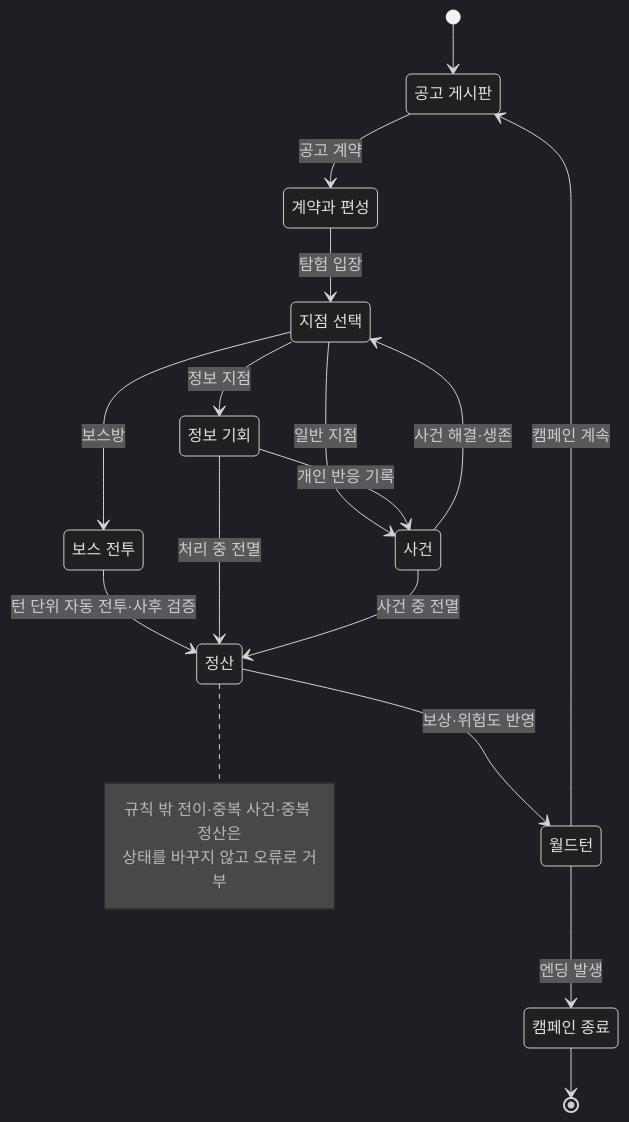
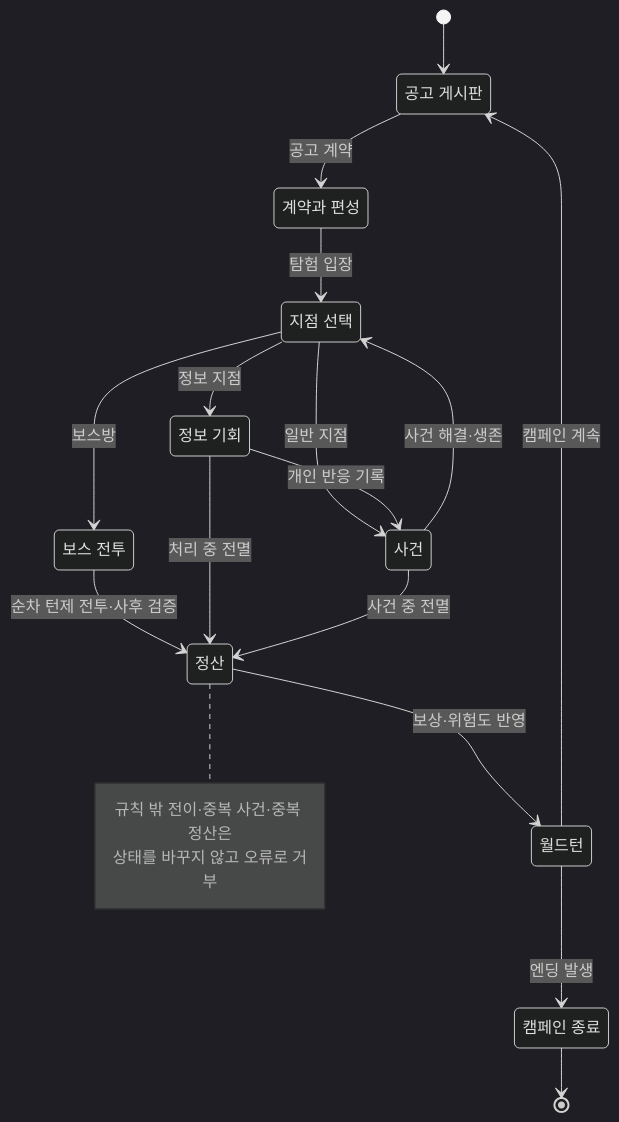
The diagram in docs/diagram/expedition-state.md (LatteBun/Dungeon_Schemer), drawn with Mermaid (dark theme) before and after one commit. The commit also changed other lines of this file and 9 other files, not shown here.

First line of the commit message:
문서: D7 상태·시퀀스 다이어그램만 갱신한다

````diff
--- a/docs/diagram/expedition-state.md
+++ b/docs/diagram/expedition-state.md
@@ -10,31 +10,31 @@
 ```mermaid
 stateDiagram-v2
     state "공고 게시판" as campaignBoard
     state "계약과 편성" as contract
     state "지점 선택" as pathChoice
     state "정보 기회" as infoOpportunity
     state "사건" as event
     state "보스 전투" as bossFight
     state "정산" as settlement
     state "월드턴" as worldTurn
     state "캠페인 종료" as campaignEnded
     [*] --> campaignBoard
     campaignBoard --> contract: 공고 계약
     contract --> pathChoice: 탐험 입장
     pathChoice --> infoOpportunity: 정보 지점
     pathChoice --> event: 일반 지점
     infoOpportunity --> event: 개인 반응 기록
     event --> pathChoice: 사건 해결·생존
     pathChoice --> bossFight: 보스방
-    bossFight --> settlement: 턴 단위 자동 전투·사후 검증
+    bossFight --> settlement: 순차 턴제 전투·사후 검증
     infoOpportunity --> settlement: 처리 중 전멸
     event --> settlement: 사건 중 전멸
     settlement --> worldTurn: 보상·위험도 반영
     worldTurn --> campaignBoard: 캠페인 계속
     worldTurn --> campaignEnded: 엔딩 발생
     campaignEnded --> [*]
     note right of settlement
       규칙 밖 전이·중복 사건·중복 정산은
       상태를 바꾸지 않고 오류로 거부
     end note
 ```
````
